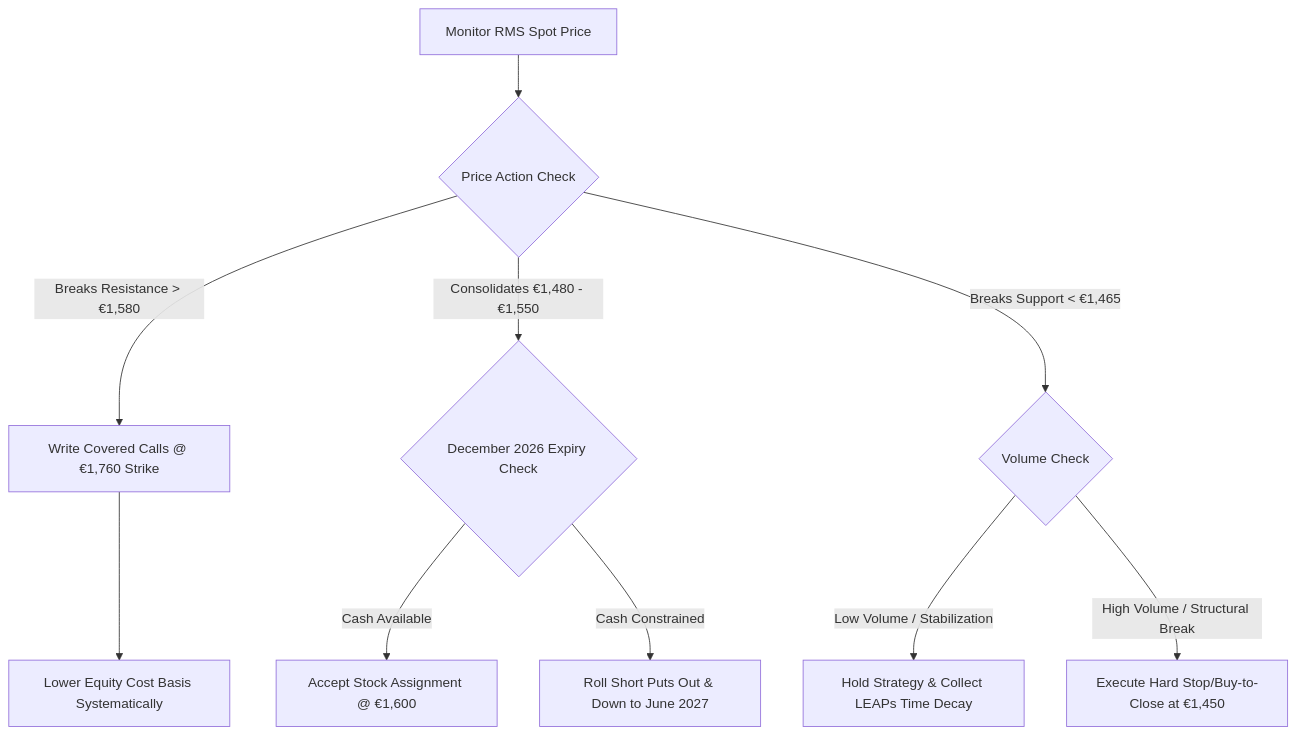
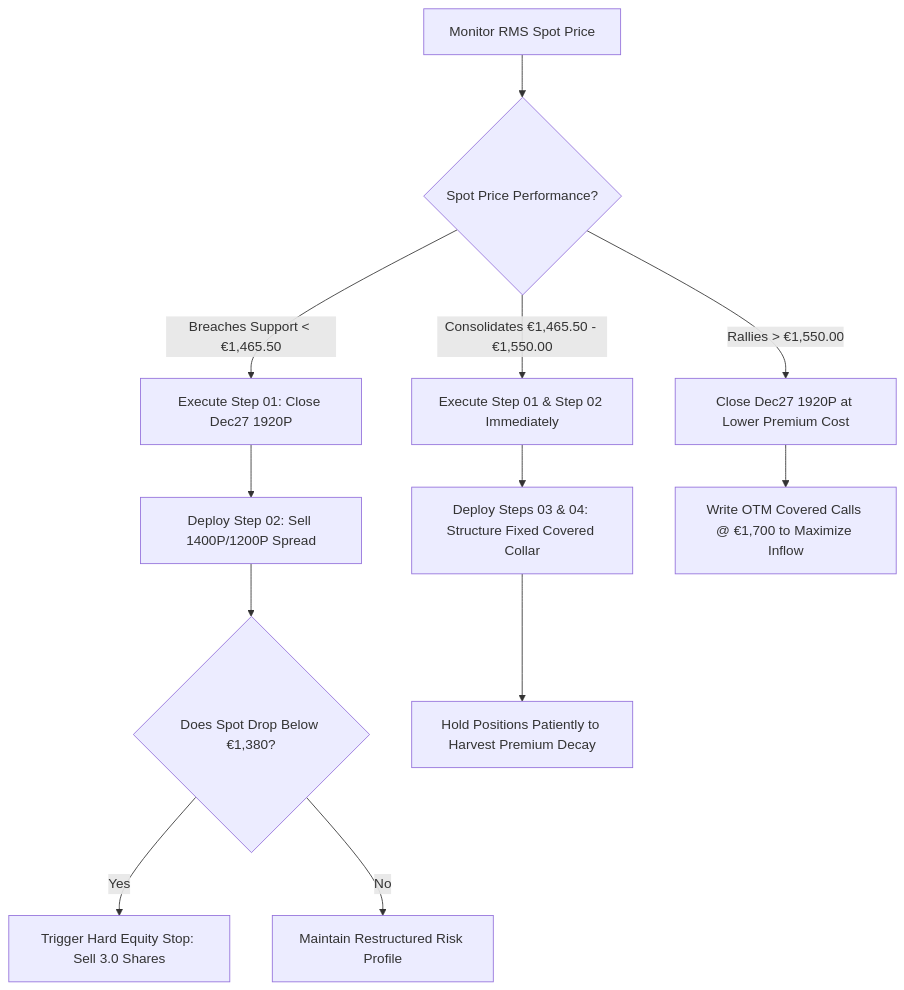
One commit to ray-oh/portal changed the diagram in docs/RMS.md. Above: the diagram before and after it, drawn with Mermaid. The commit also changed other lines of this file, not shown here.

Commit message:
[Update] Automated upload via ChatFlow - docs/RMS.md

````diff
--- a/docs/RMS.md
+++ b/docs/RMS.md
@@ -42,12 +53,14 @@
 ``` mermaid
 graph TD
-A[Monitor RMS Spot Price] --> B{Price Action Check}
-B -->|Breaks Resistance > €1,580| C[Write Covered Calls @ €1,760 Strike]
-C --> C1[Lower Equity Cost Basis Systematically]
-B -->|Consolidates €1,480 - €1,550| D{December 2026 Expiry Check}
-D -->|Cash Available| D1[Accept Stock Assignment @ €1,600]
-D -->|Cash Constrained| D2[Roll Short Puts Out & Down to June 2027]
-B -->|Breaks Support < €1,465| E{Volume Check}
-E -->|Low Volume / Stabilization| E1[Hold Strategy & Collect LEAPs Time Decay]
-E -->|High Volume / Structural Break| F[Execute Hard Stop/Buy-to-Close at €1,450]
+A[Monitor RMS Spot Price] --> B{Spot Price Performance?}
+B -->|Breaches Support < €1,465.50| C[Execute Step 01: Close Dec27 1920P]
+C --> D[Deploy Step 02: Sell 1400P/1200P Spread]
+D --> E{Does Spot Drop Below €1,380?}
+E -->|Yes| F[Trigger Hard Equity Stop: Sell 3.0 Shares]
+E -->|No| G[Maintain Restructured Risk Profile]
+B -->|Consolidates €1,465.50 - €1,550.00| H[Execute Step 01 & Step 02 Immediately]
+H --> I[Deploy Steps 03 & 04: Structure Fixed Covered Collar]
+I --> J[Hold Positions Patiently to Harvest Premium Decay]
+B -->|Rallies > €1,550.00| K[Close Dec27 1920P at Lower Premium Cost]
+K --> L[Write OTM Covered Calls @ €1,700 to Maximize Inflow]
 ```
````
